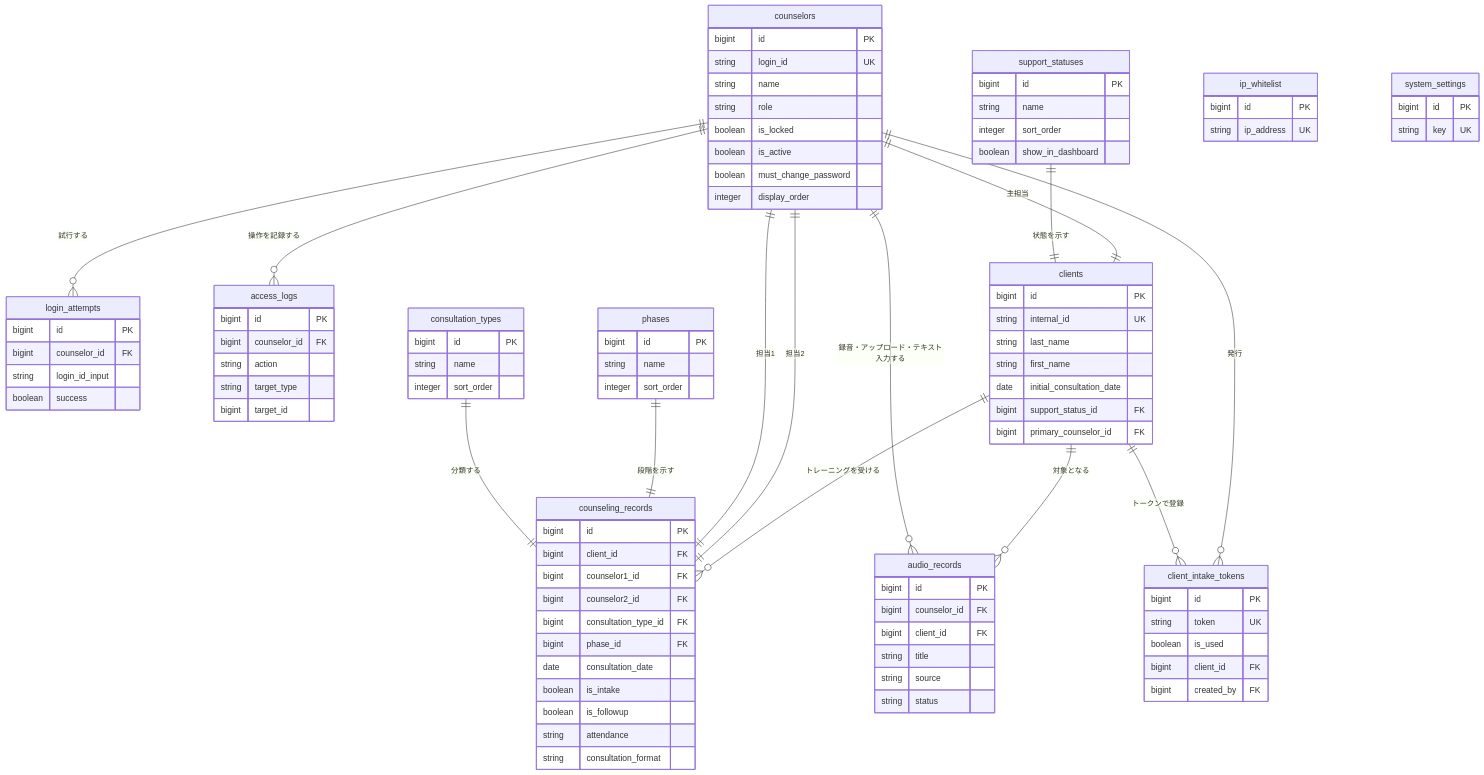
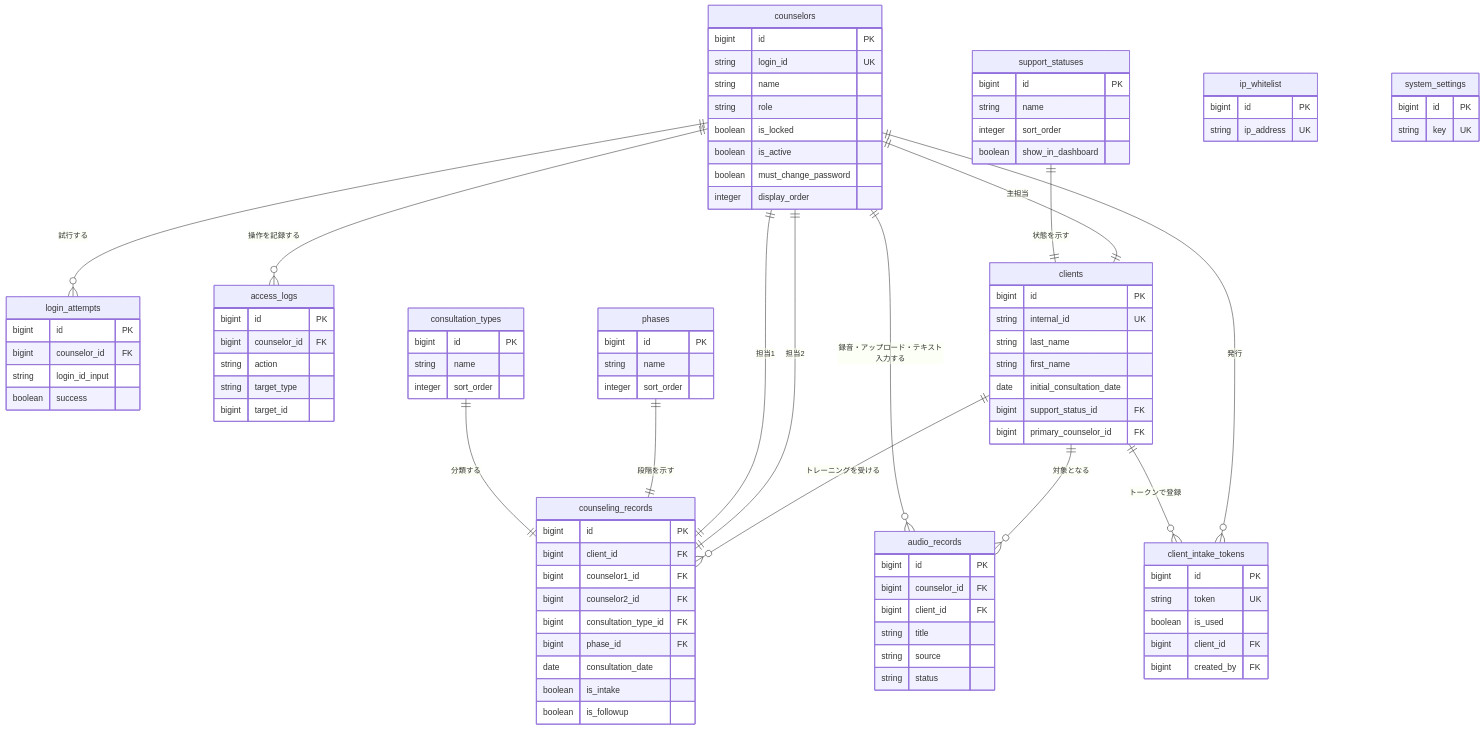
Before and after one commit to y-ouchi-inmylife/training-record-system: the diagram in docs/db-schema.md, drawn with Mermaid. The commit also changed other lines of this file and 13 other files, not shown here.

```diff
--- a/docs/db-schema.md
+++ b/docs/db-schema.md
@@ -92,8 +92,6 @@
         date consultation_date
         boolean is_intake
         boolean is_followup
-        string attendance
-        string consultation_format
     }
 
     consultation_types {
```
